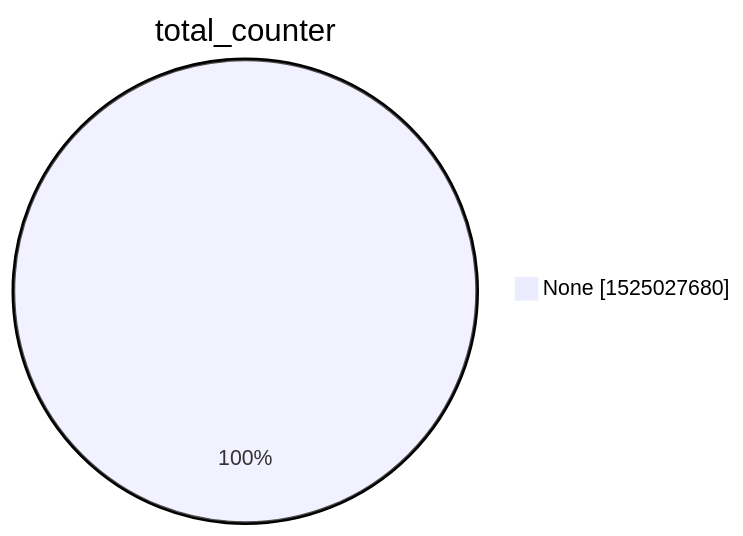
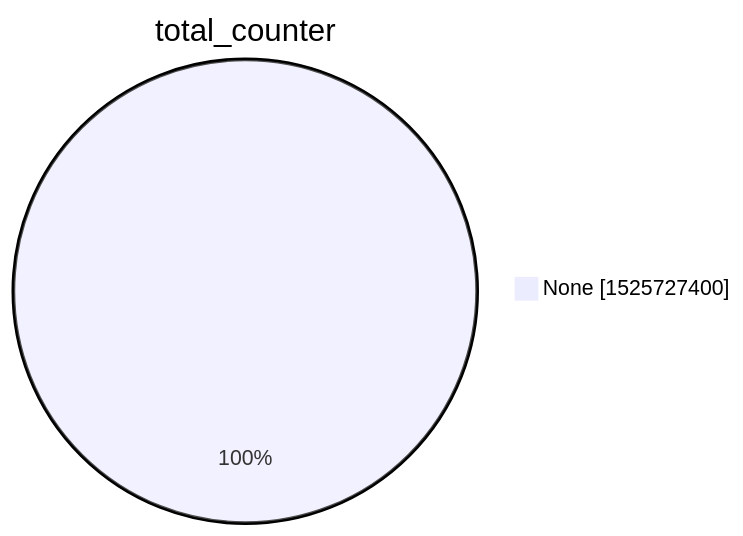
Before and after one commit to christiankrug/ctmonitor_visualization: the second of 15 diagrams in xenon2022/README.md, drawn with Mermaid. The commit also changed other lines of this file, not shown here.

````diff
--- a/xenon2022/README.md
+++ b/xenon2022/README.md
@@ -9,5 +9,5 @@
 ```mermaid
 pie showData
 title total_counter
-"None" :1525027680
+"None" :1525727400
 ```
````
